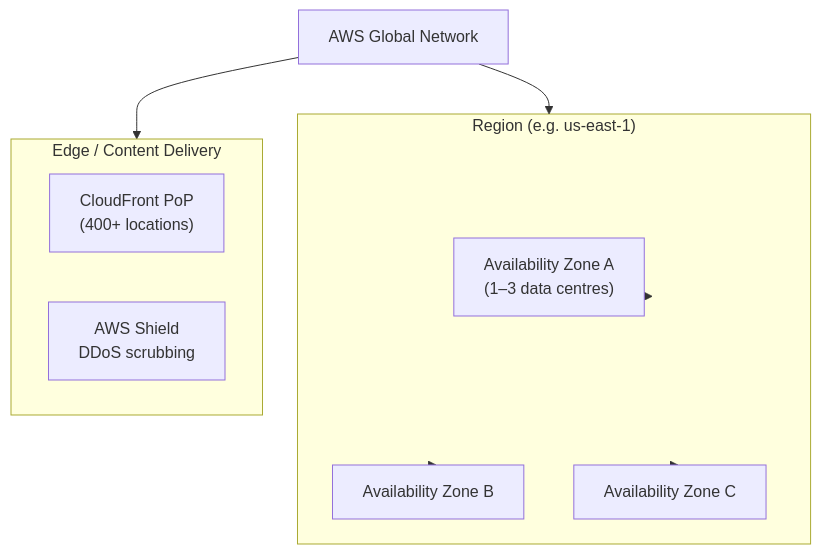
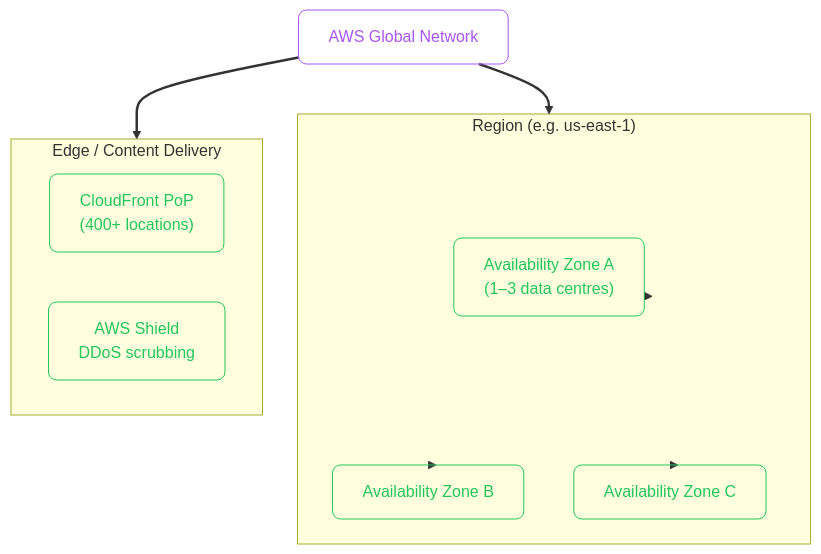
Before and after one commit to zafarale/cloudification: the first of 5 diagrams in src/content/cloud/aws/01-intro.mdx, drawn with Mermaid. The commit also changed other lines of this file and 84 other files, not shown here.

````diff
--- a/src/content/cloud/aws/01-intro.mdx
+++ b/src/content/cloud/aws/01-intro.mdx
@@ -38,19 +38,25 @@
 ```mermaid
 flowchart TD
-    GLOBE["AWS Global Network"]
+    accTitle: AWS Global Infrastructure
+    accDescr: Flowchart (td) showing AWS Global Network, e.g. us-east-1, 13 data centres
+    classDef step fill:none,stroke:#a855f7,color:#a855f7,rx:8,ry:8
+    classDef ok   fill:none,stroke:#22c55e,color:#22c55e,rx:8,ry:8
+    linkStyle default stroke-width:2.5px
+
+    GLOBE["AWS Global Network"]:::step
 
     subgraph REG["Region (e.g. us-east-1)"]
-        AZ1["Availability Zone A\n(1–3 data centres)"]
-        AZ2["Availability Zone B"]
-        AZ3["Availability Zone C"]
+        AZ1["Availability Zone A<br/>(1–3 data centres)"]:::ok
+        AZ2["Availability Zone B"]:::ok
+        AZ3["Availability Zone C"]:::ok
     end
 
     subgraph EDGE["Edge / Content Delivery"]
-        CF["CloudFront PoP\n(400+ locations)"]
-        SHIELD["AWS Shield\nDDoS scrubbing"]
+        CF["CloudFront PoP<br/>(400+ locations)"]:::ok
+        SHIELD["AWS Shield<br/>DDoS scrubbing"]:::ok
     end
 
     GLOBE --> REG
     GLOBE --> EDGE
     REG --> AZ1 & AZ2 & AZ3
 ```
````
